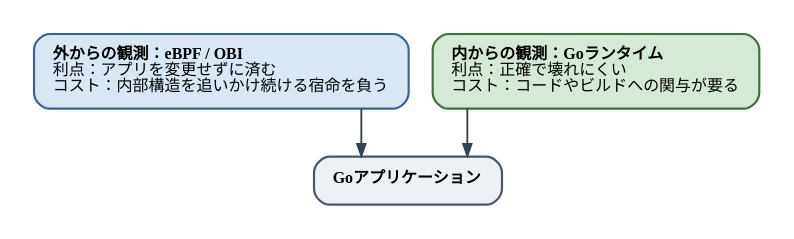
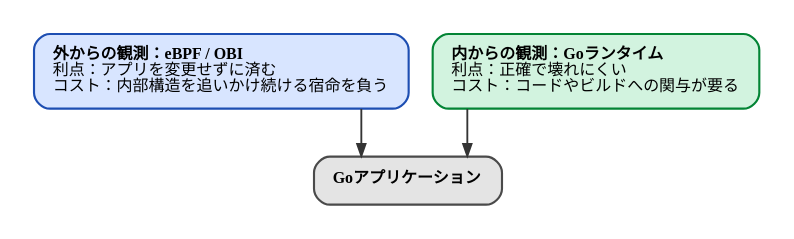
The diagram in diagrams/go-ebpf-primer/20260820-outside-inside.dot (ymotongpoo/zenn.dev), drawn with Graphviz before and after one commit. The commit also changed 111 other files, not shown here.

First line of the commit message:
change(go-ebpf-primer): 図の配色をGrafana Labsブランドガイド準拠に更新

```diff
--- a/diagrams/go-ebpf-primer/20260820-outside-inside.dot
+++ b/diagrams/go-ebpf-primer/20260820-outside-inside.dot
@@ -1,31 +1,31 @@
 // 外からの観測と内からの観測
 digraph outside_inside {
   graph [
     rankdir=TB, splines=ortho,
     fontname="IBM Plex Sans JP", fontsize=13,
     bgcolor="white", pad=0.25
   ];
   node [
     fontname="IBM Plex Sans JP", fontsize=12,
     shape=box, style="rounded,filled",
-    fillcolor="#F1F5F9", color="#475569", penwidth=1.6,
+    fillcolor="#F1F1F1", color="#4A4A4A", penwidth=1.6,
     margin="0.2,0.14"
   ];
   edge [
     fontname="IBM Plex Sans JP", fontsize=11,
-    color="#334155", penwidth=1.4, arrowsize=0.9,
-    fontcolor="#1E293B"
+    color="#343434", penwidth=1.4, arrowsize=0.9,
+    fontcolor="#171717"
   ];
 
   outside [label=<<b>外からの観測：eBPF / OBI</b><br align="left"/>利点：アプリを変更せずに済む<br align="left"/>コスト：内部構造を追いかけ続ける宿命を負う<br align="left"/>>,
-           fillcolor="#D9E7F4", color="#38638F"];
+           fillcolor="#D8E5FF", color="#1D4EB2"];
   inside [label=<<b>内からの観測：Goランタイム</b><br align="left"/>利点：正確で壊れにくい<br align="left"/>コスト：コードやビルドへの関与が要る<br align="left"/>>,
-          fillcolor="#D6E8D6", color="#3F6E3F"];
+          fillcolor="#D2F3DF", color="#038435"];
 
-  app [label=<<b>Goアプリケーション</b>>, fillcolor="#EDF1F5"];
+  app [label=<<b>Goアプリケーション</b>>, fillcolor="#E4E4E4"];
 
   { rank=same; outside; inside; }
 
   outside -> app;
   inside -> app;
 }
```
